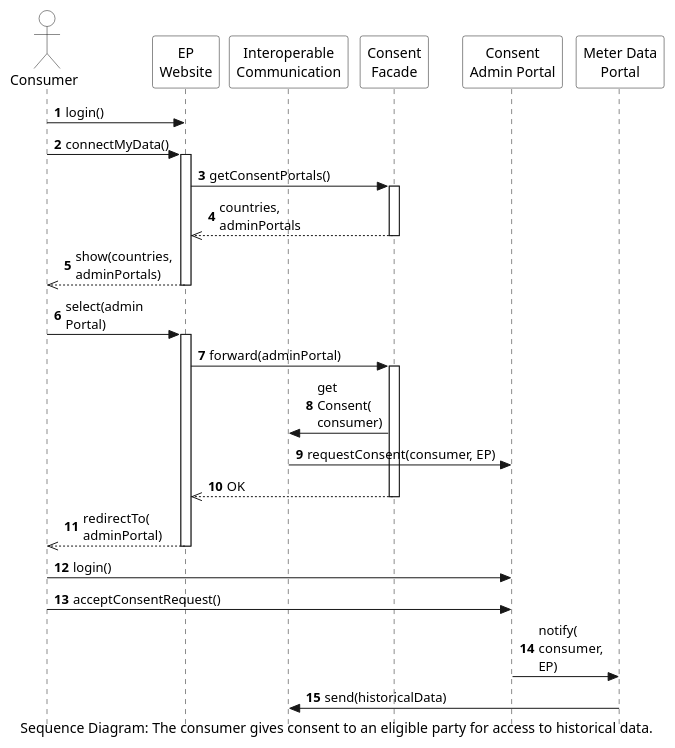
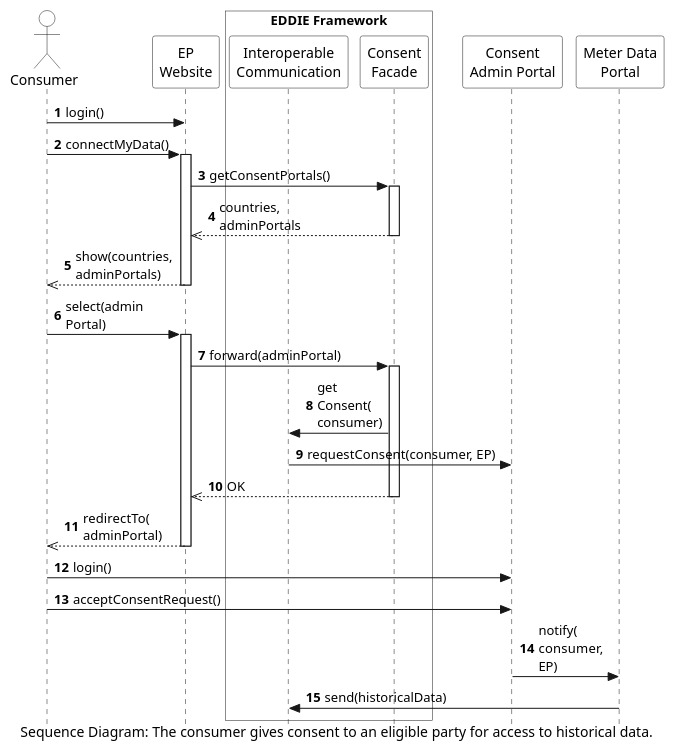
The diagram in arc42/06-runtime-view/eligible-party-gets-historical-data/eligible-party-gets-historical-data-austria/figures/consent-for-historical-data-seq.puml (eddie-energy/architecture), drawn with PlantUML before and after one commit. The commit also changed 9 other files, not shown here.

Commit message:
Add boxes in the sequence diagrams of runtime view

```diff
--- a/arc42/06-runtime-view/eligible-party-gets-historical-data/eligible-party-gets-historical-data-austria/figures/consent-for-historical-data-seq.puml
+++ b/arc42/06-runtime-view/eligible-party-gets-historical-data/eligible-party-gets-historical-data-austria/figures/consent-for-historical-data-seq.puml
@@ -1,47 +1,49 @@
 @startuml consent-for-historical-data-seq
 'sequence diagram
 caption Sequence Diagram: The consumer gives consent to an eligible party for access to historical data.
 
 skinparam style strictuml
 skinparam sequence {
   ParticipantBackgroundColor transparent
   ActorBackgroundColor transparent
 }
 
 autonumber
 
 actor "Consumer" as user
 participant "EP\nWebsite" as website
-participant "Consent\nFacade" as facade
-participant "Interoperable\nCommunication" as comm
-participant "Consent\nFacade" as facade
+box "EDDIE Framework" #transparent
+  participant "Consent\nFacade" as facade
+  participant "Interoperable\nCommunication" as comm
+  participant "Consent\nFacade" as facade
+end box
 participant "Consent\nAdmin Portal" as adminPortal
 participant "Meter Data\nPortal" as dataPortal
 
 user -> website : login()
 user -> website : connectMyData()
 activate website
   website -> facade : getConsentPortals()
     activate facade
     facade -->> website : countries,\nadminPortals
   deactivate facade
   website -->> user : show(countries,\nadminPortals)
 deactivate website
 
 user -> website : select(admin\nPortal)
 activate website
   website -> facade : forward(adminPortal)
   activate facade
     facade -> comm : get\nConsent(\nconsumer)
     comm -> adminPortal : requestConsent(consumer, EP)
     facade -->> website : OK
   deactivate facade
   website -->> user : redirectTo(\nadminPortal)
 deactivate website
 
 user -> adminPortal : login()
 user -> adminPortal : acceptConsentRequest()
 adminPortal -> dataPortal : notify(\nconsumer,\nEP)
 dataPortal -> comm : send(historicalData)
 
 @enduml
```
